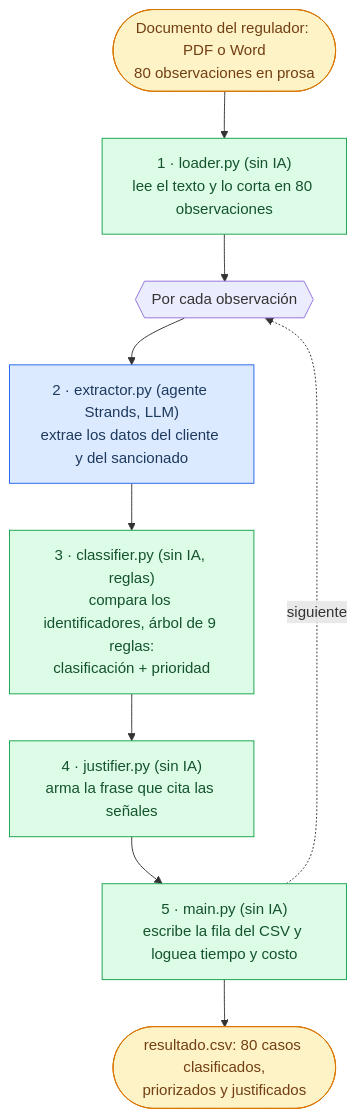
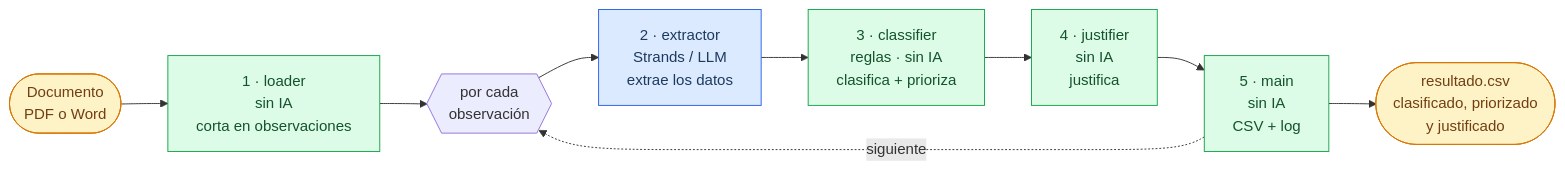
One commit to marioconti/ofac-agent changed the diagram in README.md. Above: the diagram before and after it, drawn with Mermaid. The commit also changed other lines of this file, not shown here.

Commit message:
docs: make README pipeline diagram horizontal and count-agnostic

````diff
--- a/README.md
+++ b/README.md
@@ -41,18 +41,17 @@
 ```mermaid
-flowchart TD
-    IN([Documento del regulador: PDF o Word<br/>80 observaciones en prosa])
-    IN --> L["1 · loader.py (sin IA)<br/>lee el texto y lo corta en 80 observaciones"]
-    L --> LOOP{{Por cada observación}}
-    LOOP --> E["2 · extractor.py (agente Strands, LLM)<br/>extrae los datos del cliente y del sancionado"]
-    E --> C["3 · classifier.py (sin IA, reglas)<br/>compara los identificadores, árbol de 9 reglas:<br/>clasificación + prioridad"]
-    C --> J["4 · justifier.py (sin IA)<br/>arma la frase que cita las señales"]
-    J --> M["5 · main.py (sin IA)<br/>escribe la fila del CSV y loguea tiempo y costo"]
+flowchart LR
+    IN([Documento<br/>PDF o Word]) --> L["1 · loader<br/>sin IA<br/>corta en observaciones"]
+    L --> LOOP{{por cada<br/>observación}}
+    LOOP --> E["2 · extractor<br/>Strands / LLM<br/>extrae los datos"]
+    E --> C["3 · classifier<br/>reglas · sin IA<br/>clasifica + prioriza"]
+    C --> J["4 · justifier<br/>sin IA<br/>justifica"]
+    J --> M["5 · main<br/>sin IA<br/>CSV + log"]
     M -.->|siguiente| LOOP
-    M --> OUT([resultado.csv: 80 casos clasificados,<br/>priorizados y justificados])
+    M --> OUT([resultado.csv<br/>clasificado, priorizado<br/>y justificado])
     classDef ia fill:#dbeafe,stroke:#2563eb,color:#1e3a5f
     classDef reglas fill:#dcfce7,stroke:#16a34a,color:#14532d
     classDef io fill:#fef3c7,stroke:#d97706,color:#713f12
     class E ia
     class L,C,J,M reglas
     class IN,OUT io
 ```
````
